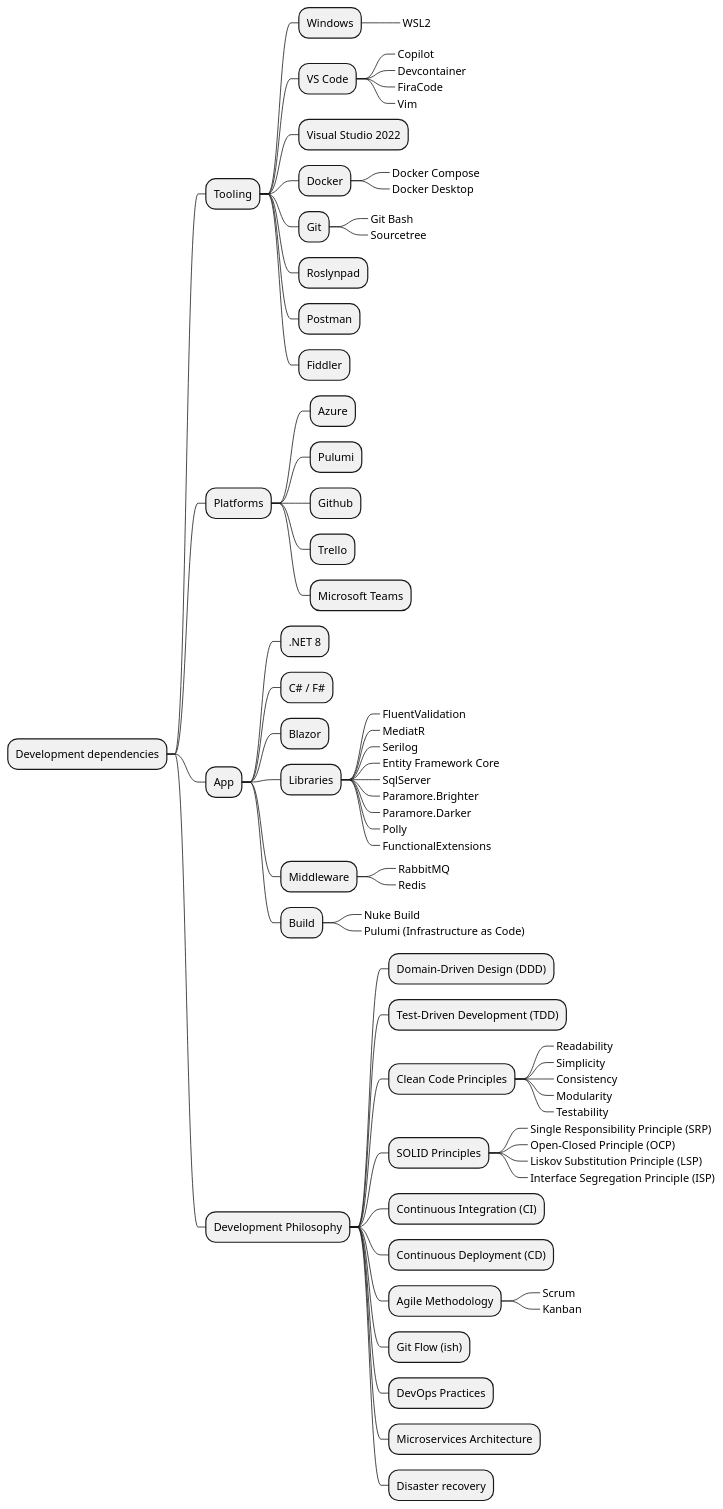
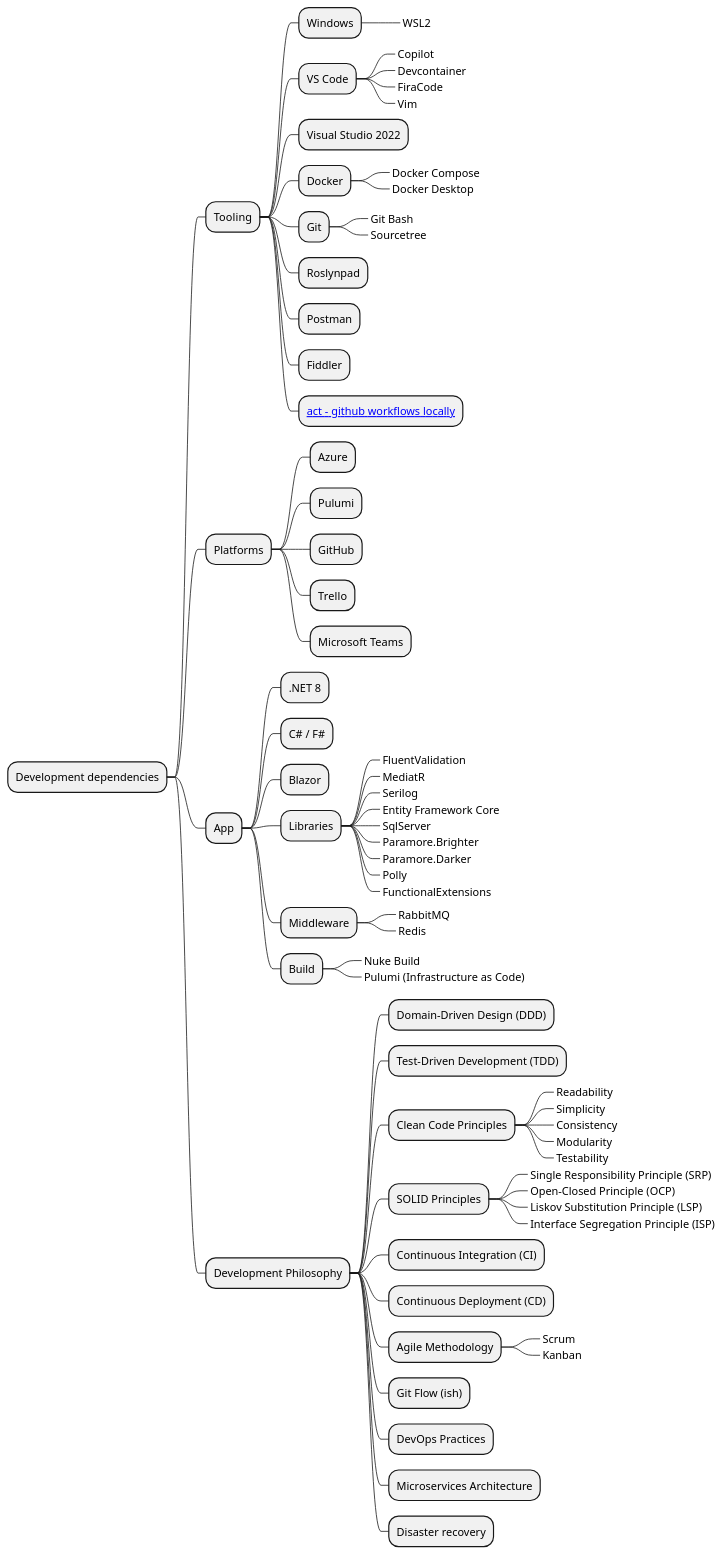
One commit to sukkergris/job-application changed the diagram in Documentation/ApplicationMindMap.wsd. Above: the diagram before and after it, drawn with PlantUML. The commit also changed 5 other files, not shown here.

Commit message:
Using act for local test workflows

```diff
--- a/Documentation/ApplicationMindMap.wsd
+++ b/Documentation/ApplicationMindMap.wsd
@@ -1,75 +1,76 @@
 @startmindmap "The Private Job Application App"
 
 * Development dependencies
 ** Tooling
 *** Windows
 ****_ WSL2
 *** VS Code
 ****_ Copilot
 ****_ Devcontainer
 ****_ FiraCode
 ****_ Vim
 *** Visual Studio 2022
 *** Docker
 ****_ Docker Compose
 ****_ Docker Desktop
 *** Git
 ****_ Git Bash
 ****_ Sourcetree
 *** Roslynpad
 *** Postman
 *** Fiddler
+*** [[https://github.com/nektos/act act - github workflows locally]]
 
 ** Platforms
 *** Azure
 *** Pulumi
-*** Github
+*** GitHub
 *** Trello
 *** Microsoft Teams
 
 ** App
 *** .NET 8
 *** C# / F#
 *** Blazor
 *** Libraries
 ****_ FluentValidation
 ****_ MediatR
 ****_ Serilog
 ****_ Entity Framework Core
 ****_ SqlServer
 ****_ Paramore.Brighter
 ****_ Paramore.Darker
 ****_ Polly
 ****_ FunctionalExtensions
 *** Middleware
 ****_ RabbitMQ
 ****_ Redis
 *** Build
 ****_ Nuke Build
 ****_ Pulumi (Infrastructure as Code)
 
 ** Development Philosophy
 *** Domain-Driven Design (DDD)
 *** Test-Driven Development (TDD)
 *** Clean Code Principles
 ****_ Readability
 ****_ Simplicity
 ****_ Consistency
 ****_ Modularity
 ****_ Testability
 *** SOLID Principles
 ****_ Single Responsibility Principle (SRP)
 ****_ Open-Closed Principle (OCP)
 ****_ Liskov Substitution Principle (LSP)
 ****_ Interface Segregation Principle (ISP)
 *** Continuous Integration (CI)
 *** Continuous Deployment (CD)
 *** Agile Methodology
 ****_ Scrum
 ****_ Kanban
 *** Git Flow (ish)
 *** DevOps Practices
 *** Microservices Architecture
 *** Disaster recovery
 
 @endmindmap
```
